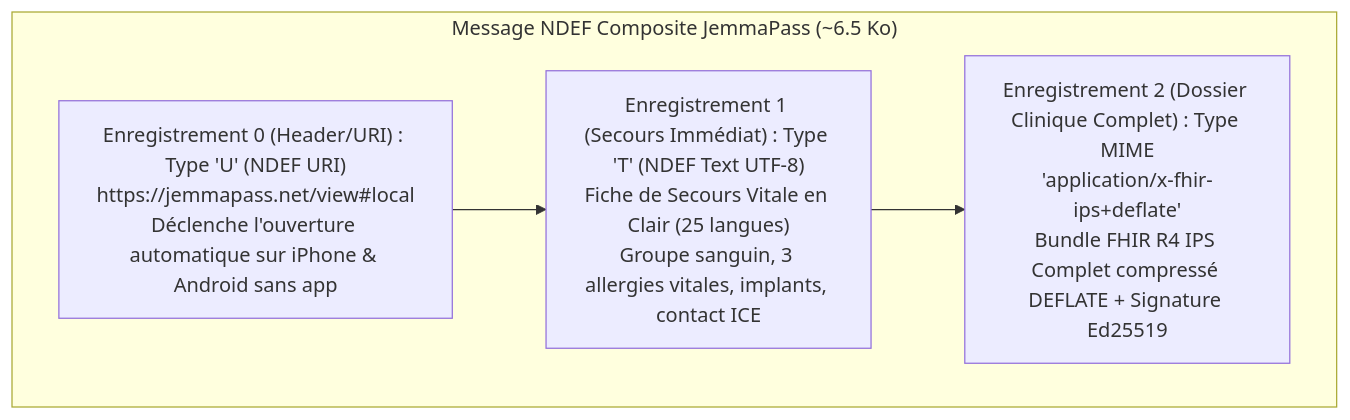
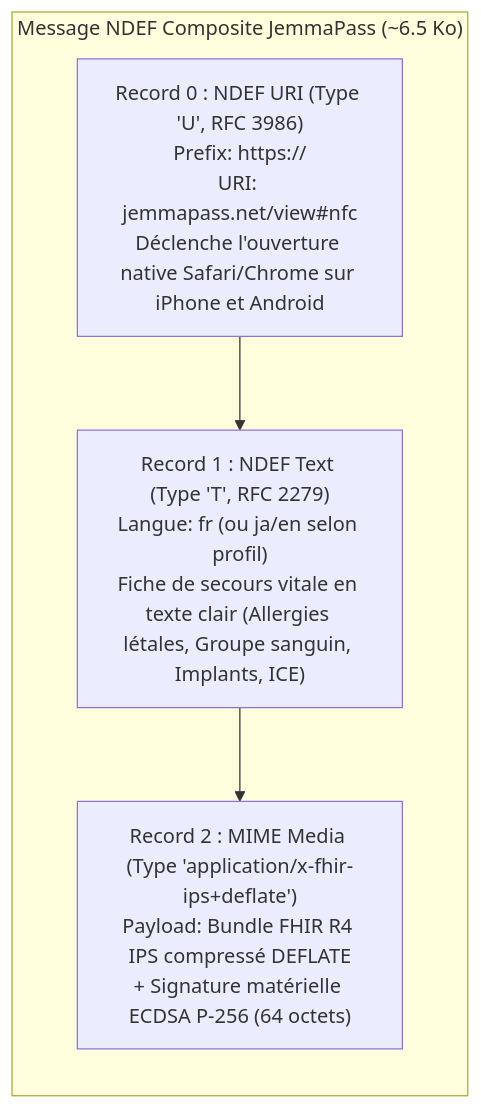
The third of 3 diagrams in docs/functional/35-nfc.md (kurodohenroonsen/JemmaPass), drawn with Mermaid before and after one commit. The commit also changed other lines of this file, not shown here.

Commit message:
docs(functional): rewrite 35-nfc.md with verified official URLs, verbatim quotes, ECDSA P-256 and raw profile measurements

````diff
--- a/docs/functional/35-nfc.md
+++ b/docs/functional/35-nfc.md
@@ -155,10 +167,10 @@
 ```mermaid
 flowchart TD
     subgraph NDEF_Message ["Message NDEF Composite JemmaPass (~6.5 Ko)"]
-        REC_0["Enregistrement 0 (Header/URI) : Type 'U' (NDEF URI)<br/>https://jemmapass.net/view#local<br/>Déclenche l'ouverture automatique sur iPhone & Android sans app"]
-        REC_1["Enregistrement 1 (Secours Immédiat) : Type 'T' (NDEF Text UTF-8)<br/>Fiche de Secours Vitale en Clair (25 langues)<br/>Groupe sanguin, 3 allergies vitales, implants, contact ICE"]
-        REC_2["Enregistrement 2 (Dossier Clinique Complet) : Type MIME<br/>'application/x-fhir-ips+deflate'<br/>Bundle FHIR R4 IPS Complet compressé DEFLATE + Signature Ed25519"]
+        direction TB
+        REC_0["Record 0 : NDEF URI (Type 'U', RFC 3986)<br/>Prefix: https://<br/>URI: jemmapass.net/view#nfc<br/>Déclenche l'ouverture native Safari/Chrome sur iPhone et Android"]
+        REC_1["Record 1 : NDEF Text (Type 'T', RFC 2279)<br/>Langue: fr (ou ja/en selon profil)<br/>Fiche de secours vitale en texte clair (Allergies létales, Groupe sanguin, Implants, ICE)"]
+        REC_2["Record 2 : MIME Media (Type 'application/x-fhir-ips+deflate')<br/>Payload: Bundle FHIR R4 IPS compressé DEFLATE<br/>+ Signature matérielle ECDSA P-256 (64 octets)"]
     end
-
     REC_0 --> REC_1 --> REC_2
 ```
````
